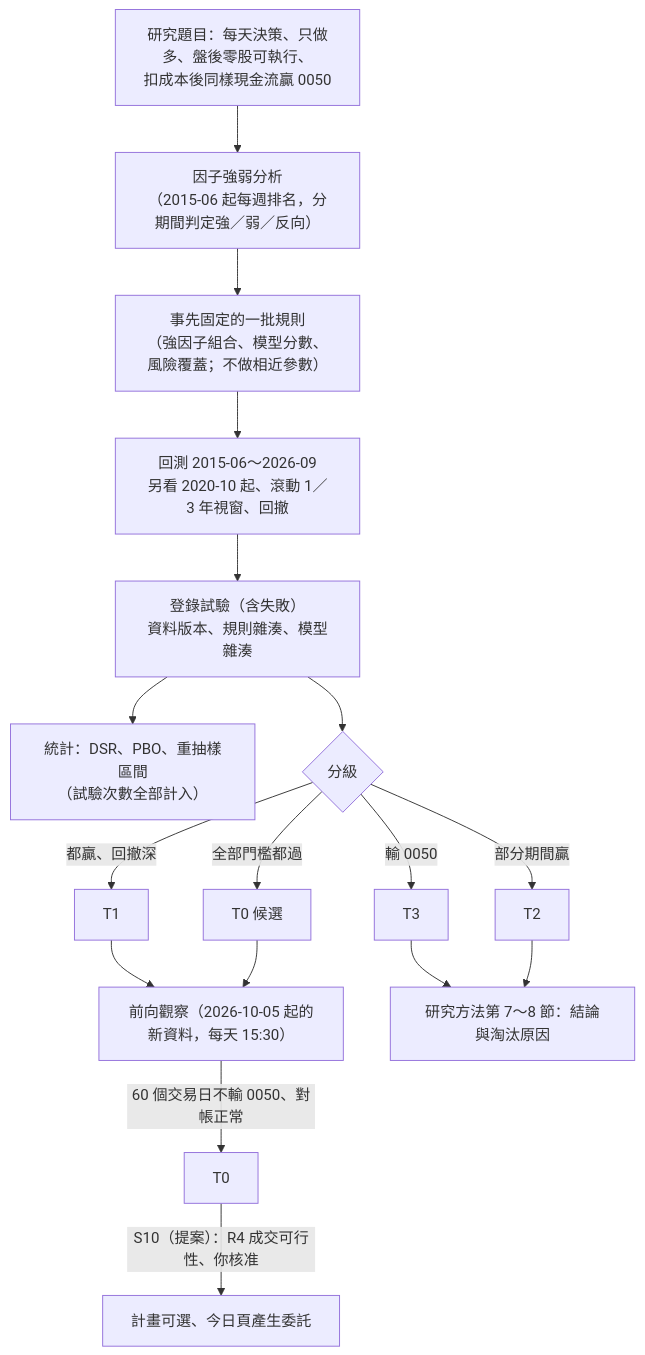
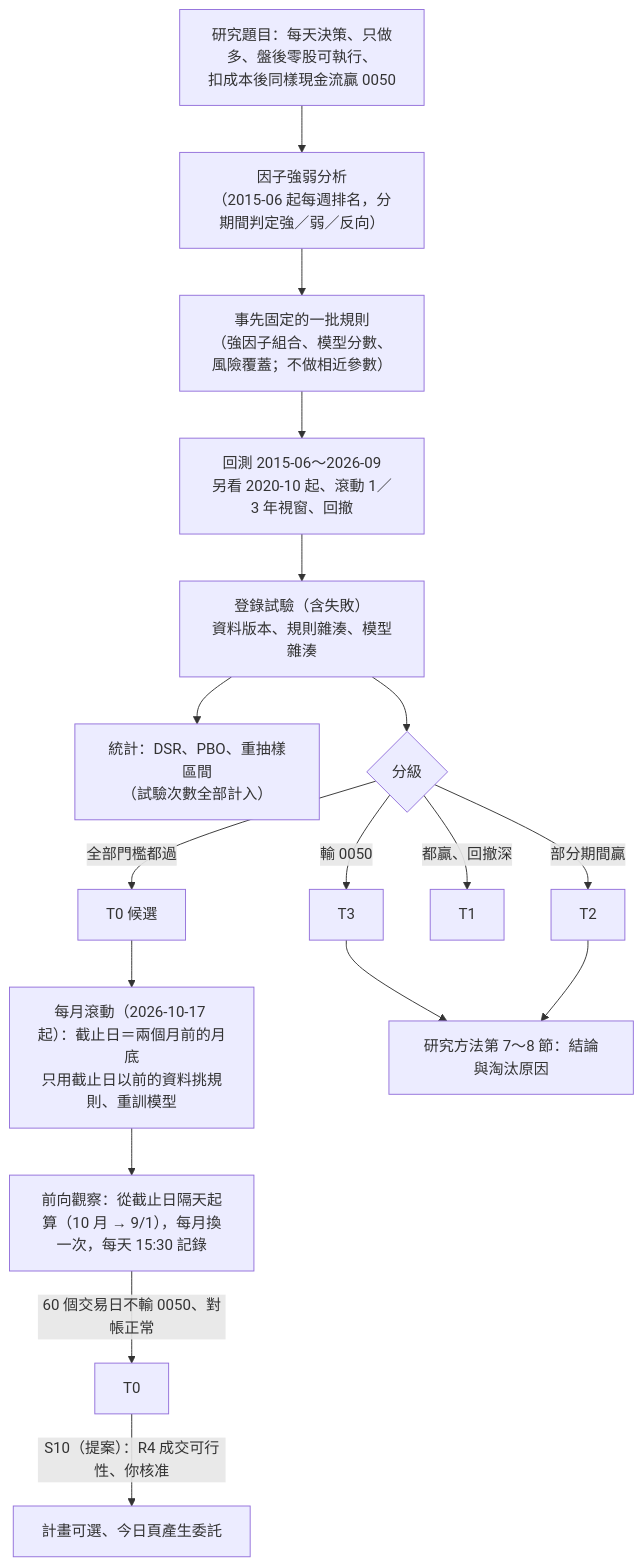
Before and after one commit to ryan73093/StockResearch: the fourth of 7 diagrams in docs/system_architecture.md, drawn with Mermaid. The commit also changed other lines of this file and 15 other files, not shown here.

First line of the commit message:
Project information in the sidebar; roadmap, current work and history brought up to date

````diff
--- a/docs/system_architecture.md
+++ b/docs/system_architecture.md
@@ -139,19 +140,19 @@
 ```mermaid
 flowchart TD
     Q["研究題目：每天決策、只做多、盤後零股可執行、<br/>扣成本後同樣現金流贏 0050"] --> F["因子強弱分析<br/>（2015-06 起每週排名，分期間判定強／弱／反向）"]
     F --> B["事先固定的一批規則<br/>（強因子組合、模型分數、風險覆蓋；不做相近參數）"]
     B --> BT["回測 2015-06～2026-09<br/>另看 2020-10 起、滾動 1／3 年視窗、回撤"]
     BT --> REC["登錄試驗（含失敗）<br/>資料版本、規則雜湊、模型雜湊"]
     REC --> ST["統計：DSR、PBO、重抽樣區間<br/>（試驗次數全部計入）"]
     REC --> G{"分級"}
     G -->|"輸 0050"| T3["T3"]
     G -->|"部分期間贏"| T2["T2"]
     G -->|"都贏、回撤深"| T1["T1"]
     G -->|"全部門檻都過"| T0C["T0 候選"]
-    T1 --> FWD["前向觀察（2026-10-05 起的新資料，每天 15:30）"]
-    T0C --> FWD
+    T0C --> ROLL["每月滾動（2026-10-17 起）：截止日＝兩個月前的月底<br/>只用截止日以前的資料挑規則、重訓模型"]
+    ROLL --> FWD["前向觀察：從截止日隔天起算（10 月 → 9/1），每月換一次，每天 15:30 記錄"]
     FWD -->|"60 個交易日不輸 0050、對帳正常"| T0["T0"]
     T0 -->|"S10（提案）：R4 成交可行性、你核准"| PLAN["計畫可選、今日頁產生委託"]
     T3 --> LOG["研究方法第 7～8 節：結論與淘汰原因"]
     T2 --> LOG
 ```
````
